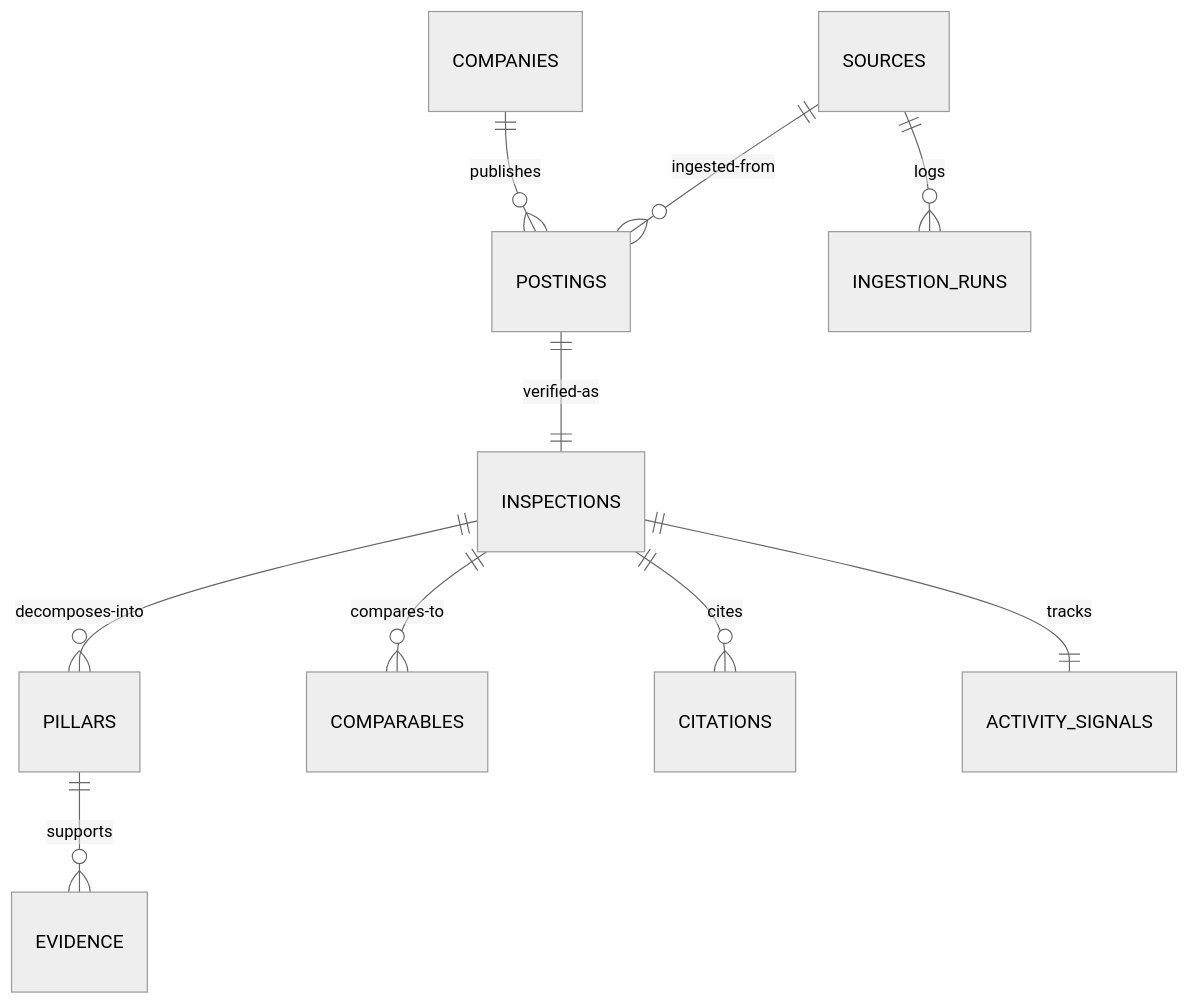
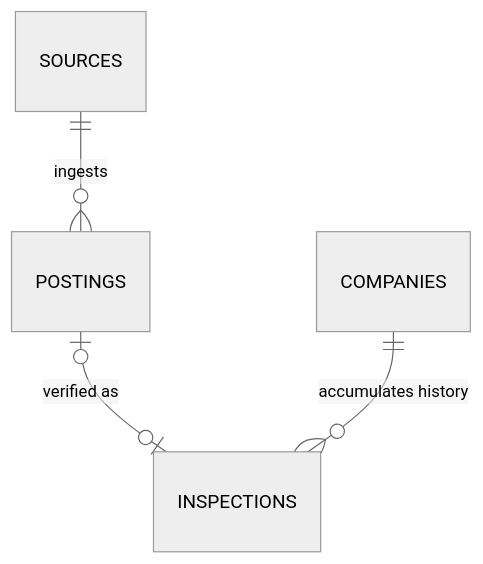
Before and after one commit to GMBermeo/SWB-AI-Hackathon-2026: the diagram in README.md, drawn with Mermaid (neutral theme). The commit also changed other lines of this file and 15 other files, not shown here.

First line of the commit message:
Document ingestion flows, schema & add tests

````diff
--- a/README.md
+++ b/README.md
@@ -490,12 +500,6 @@
 ```mermaid
 erDiagram
-    COMPANIES ||--o{ POSTINGS         : "publishes"
-    SOURCES   ||--o{ POSTINGS         : "ingested-from"
-    POSTINGS  ||--|| INSPECTIONS      : "verified-as"
-    INSPECTIONS ||--o{ PILLARS        : "decomposes-into"
-    PILLARS    ||--o{ EVIDENCE        : "supports"
-    INSPECTIONS ||--o{ COMPARABLES    : "compares-to"
-    INSPECTIONS ||--o{ CITATIONS      : "cites"
-    INSPECTIONS ||--|| ACTIVITY_SIGNALS : "tracks"
-    SOURCES   ||--o{ INGESTION_RUNS   : "logs"
+    SOURCES ||--o{ POSTINGS         : "ingests"
+    POSTINGS |o--o| INSPECTIONS      : "verified as"
+    COMPANIES ||--o{ INSPECTIONS     : "accumulates history"
 ```
````
